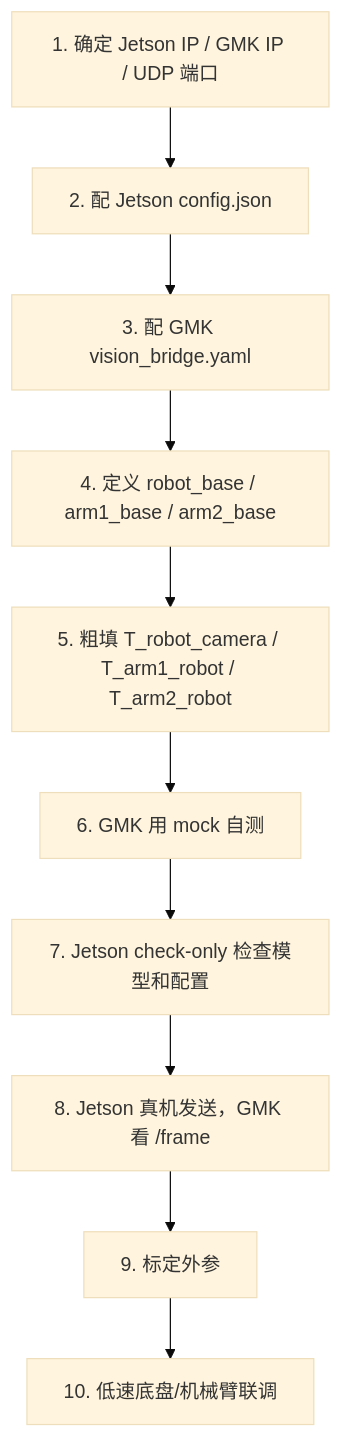
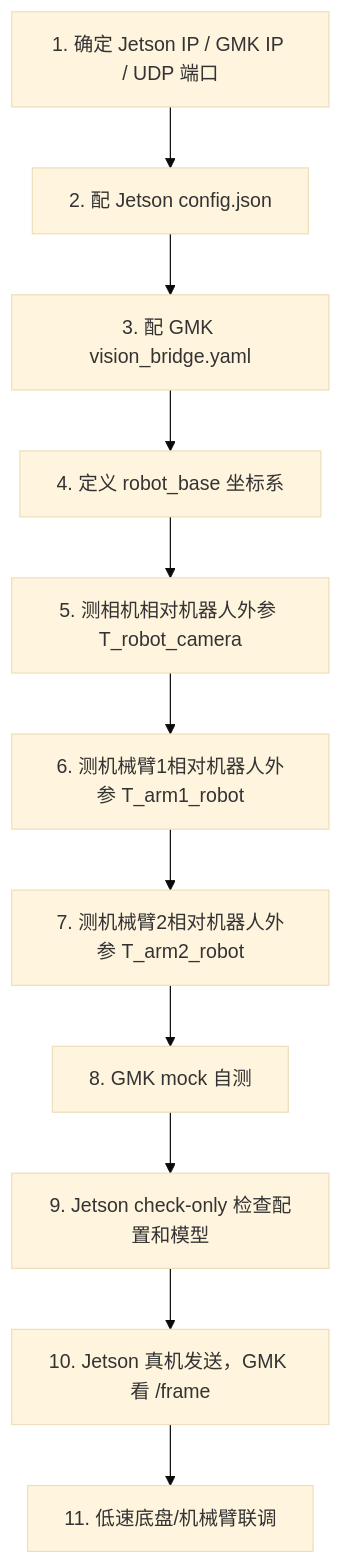
One commit to cyruscheng88011-creator/TECHX_Robocon_GMK_Rx changed the first of 3 diagrams in README.md. Above: the diagram before and after it, drawn with Mermaid (base theme). The commit also changed other lines of this file, not shown here.

Commit message:
Make GMK README beginner runnable

````diff
--- a/README.md
+++ b/README.md
@@ -104,12 +144,13 @@
 ```mermaid
 flowchart TD
     A[1. 确定 Jetson IP / GMK IP / UDP 端口] --> B[2. 配 Jetson config.json]
     B --> C[3. 配 GMK vision_bridge.yaml]
-    C --> D[4. 定义 robot_base / arm1_base / arm2_base]
-    D --> E[5. 粗填 T_robot_camera / T_arm1_robot / T_arm2_robot]
-    E --> F[6. GMK 用 mock 自测]
-    F --> G[7. Jetson check-only 检查模型和配置]
-    G --> H[8. Jetson 真机发送，GMK 看 /frame]
-    H --> I[9. 标定外参]
-    I --> J[10. 低速底盘/机械臂联调]
+    C --> D[4. 定义 robot_base 坐标系]
+    D --> E[5. 测相机相对机器人外参 T_robot_camera]
+    E --> F[6. 测机械臂1相对机器人外参 T_arm1_robot]
+    F --> G[7. 测机械臂2相对机器人外参 T_arm2_robot]
+    G --> H[8. GMK mock 自测]
+    H --> I[9. Jetson check-only 检查配置和模型]
+    I --> J[10. Jetson 真机发送，GMK 看 /frame]
+    J --> K[11. 低速底盘/机械臂联调]
 ```
````
